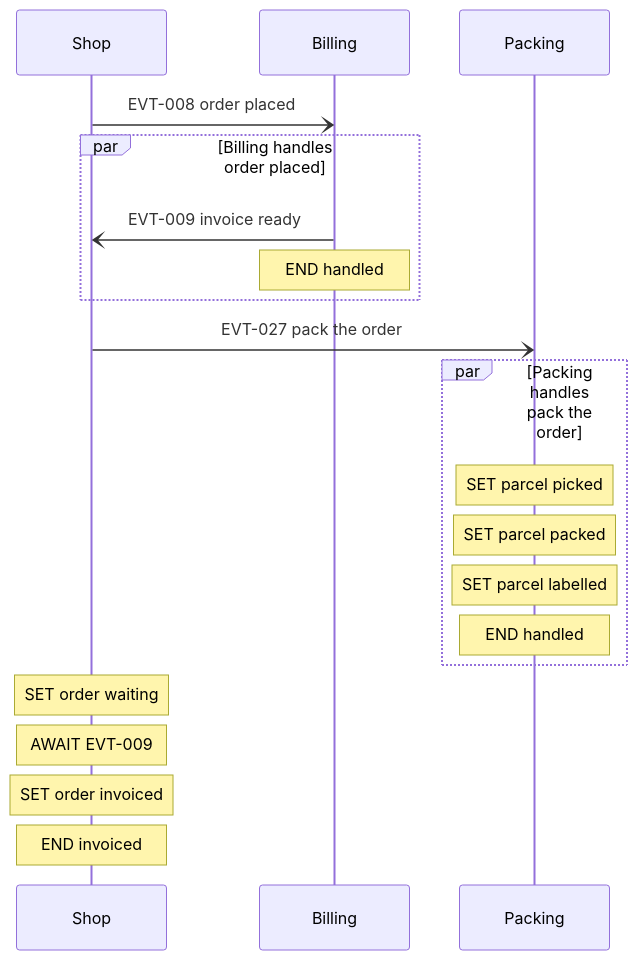
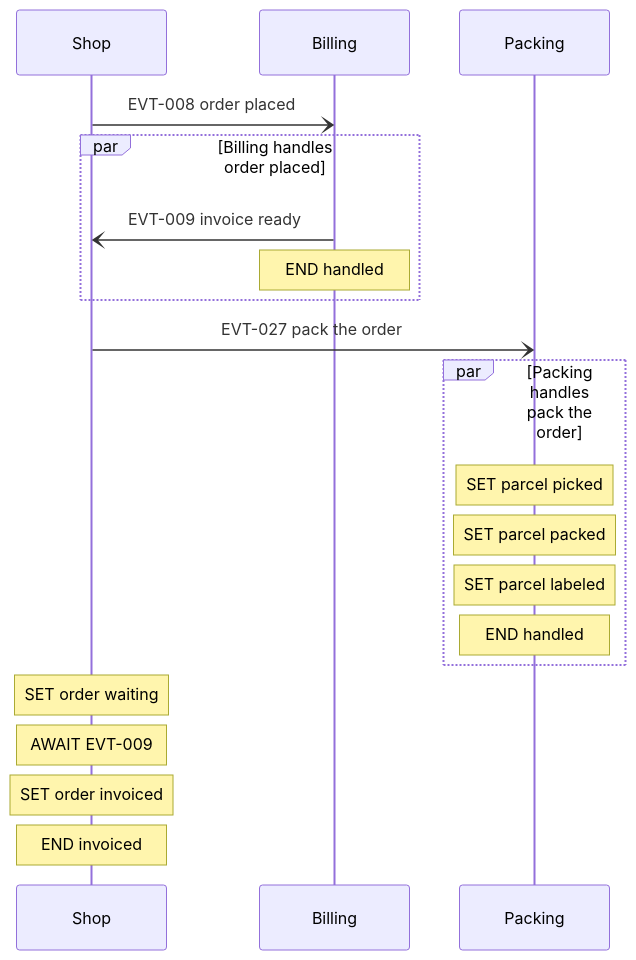
Before and after one commit to smalls257/vela: the diagram in tests/fixtures/flowcheck/27-frontier/06-runtime/flows/FLO-027-27-frontier.md, drawn with Mermaid. The commit also changed 236 other files, not shown here.

````diff
--- a/tests/fixtures/flowcheck/27-frontier/06-runtime/flows/FLO-027-27-frontier.md
+++ b/tests/fixtures/flowcheck/27-frontier/06-runtime/flows/FLO-027-27-frontier.md
@@ -10,22 +10,22 @@
 ```mermaid
 sequenceDiagram
 participant S as Shop
 participant B as Billing
 participant K as Packing
 S-)B: EVT-008 order placed
 par Billing handles order placed
     B-)S: EVT-009 invoice ready
     Note over B: END handled
 end
 S-)K: EVT-027 pack the order
 par Packing handles pack the order
     Note over K: SET parcel picked
     Note over K: SET parcel packed
-    Note over K: SET parcel labelled
+    Note over K: SET parcel labeled
     Note over K: END handled
 end
 Note over S: SET order waiting
 Note over S: AWAIT EVT-009
 Note over S: SET order invoiced
 Note over S: END invoiced
 ```
````
